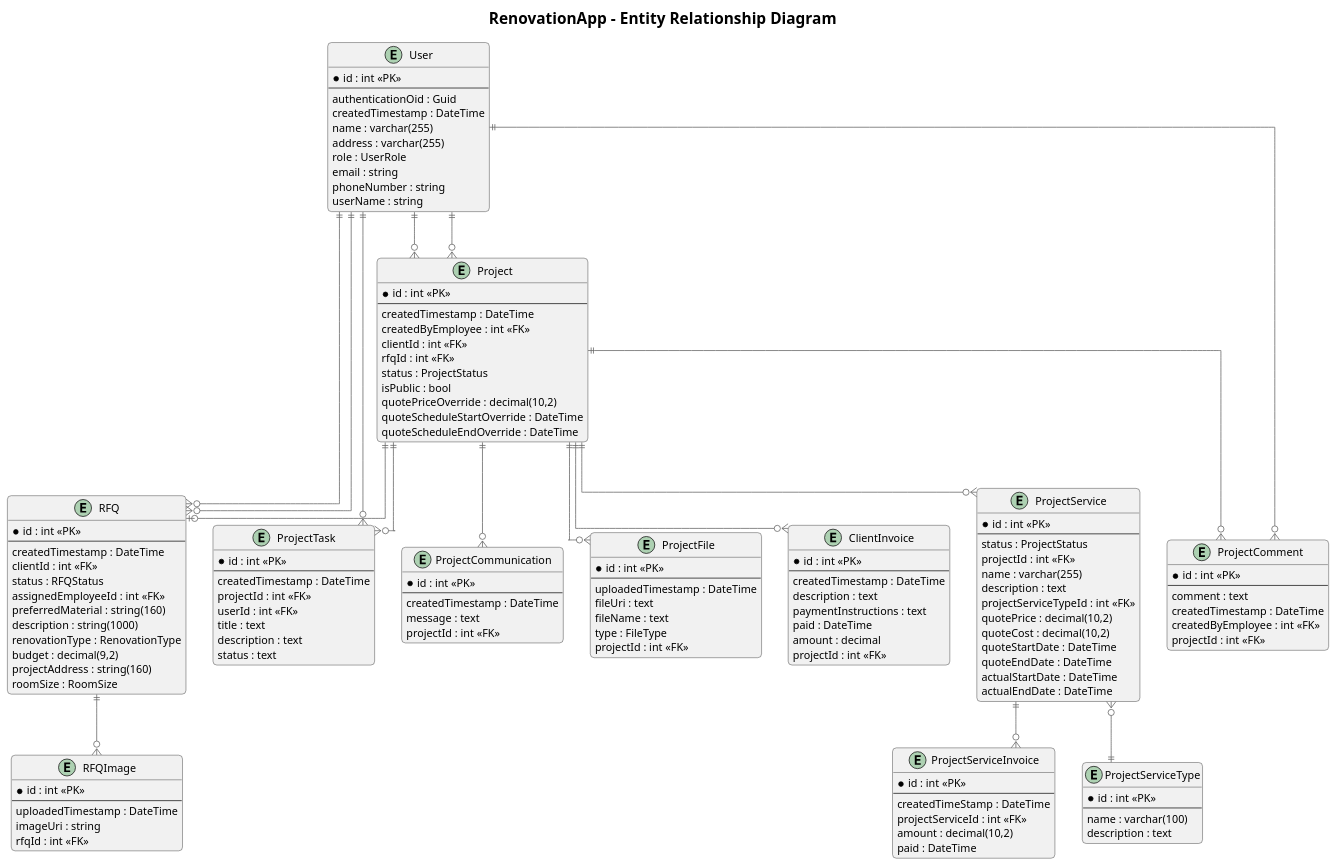
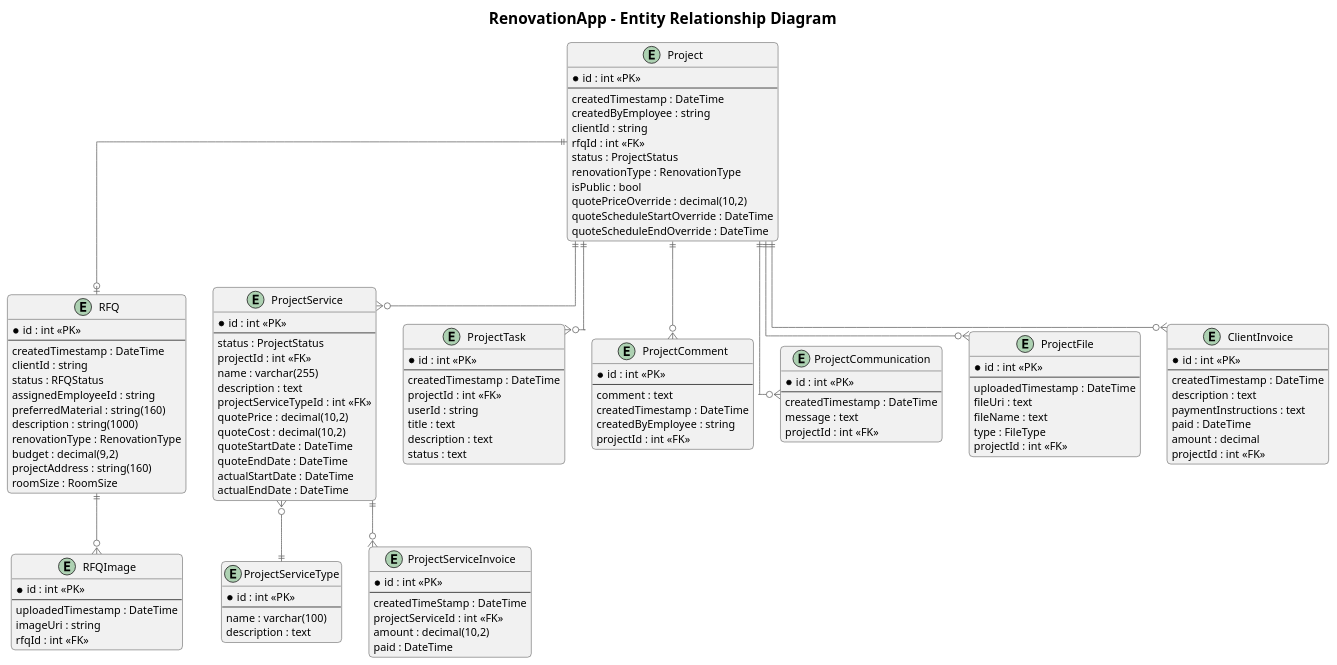
Before and after one commit to Web-Development-UAlberta/exsm-3951-exsm-3943-spring-2025-python-c-project-construction-project-team: the diagram in docs/ERD/ERD.plantuml, drawn with PlantUML. The commit also changed 1 other file, not shown here.

Commit message:
Update ERD with Reno type;

```diff
--- a/docs/ERD/ERD.plantuml
+++ b/docs/ERD/ERD.plantuml
@@ -1,177 +1,155 @@
 @startuml RenovationApp ERD
 
 ' Styling
 skinparam linetype ortho
 skinparam backgroundColor white
 skinparam roundcorner 10
 skinparam shadowing false
 skinparam ArrowColor #666666
 skinparam classFontSize 14
 skinparam packageFontSize 14
 skinparam titleFontSize 20
 
 ' Title
 title RenovationApp - Entity Relationship Diagram
 
 ' Entities
 
-entity "User" as User {
-  * id : int <<PK>>
-  --
-  authenticationOid : Guid
-  createdTimestamp : DateTime
-  name : varchar(255)
-  address : varchar(255)
-  role : UserRole
-  email : string
-  phoneNumber : string
-  userName : string
-}
-
 entity "Project" as Project {
   * id : int <<PK>>
   --
   createdTimestamp : DateTime
-  createdByEmployee : int <<FK>>
-  clientId : int <<FK>>
+  createdByEmployee : string
+  clientId : string
   rfqId : int <<FK>>
   status : ProjectStatus
+  renovationType : RenovationType
   isPublic : bool
   quotePriceOverride : decimal(10,2)
   quoteScheduleStartOverride : DateTime
   quoteScheduleEndOverride : DateTime
 }
 
 entity "RFQ" as RFQ {
   * id : int <<PK>>
   --
   createdTimestamp : DateTime
-  clientId : int <<FK>>
+  clientId : string
   status : RFQStatus
-  assignedEmployeeId : int <<FK>>
+  assignedEmployeeId : string
   preferredMaterial : string(160)
   description : string(1000)
   renovationType : RenovationType
   budget : decimal(9,2)
   projectAddress : string(160)
   roomSize : RoomSize
 }
 
 entity "RFQImage" as RFQImage {
   * id : int <<PK>>
   --
   uploadedTimestamp : DateTime
   imageUri : string
   rfqId : int <<FK>>
 }
 
 entity "ProjectService" as ProjectService {
   * id : int <<PK>>
   --
   status : ProjectStatus
   projectId : int <<FK>>
   name : varchar(255)
   description : text
   projectServiceTypeId : int <<FK>>
   quotePrice : decimal(10,2)
   quoteCost : decimal(10,2)
   quoteStartDate : DateTime
   quoteEndDate : DateTime
   actualStartDate : DateTime
   actualEndDate : DateTime
 }
 
 entity "ProjectServiceType" as ProjectServiceType {
   * id : int <<PK>>
   --
   name : varchar(100)
   description : text
 }
 
 entity "ProjectServiceInvoice" as ProjectServiceInvoice {
   * id : int <<PK>>
   --
   createdTimeStamp : DateTime
   projectServiceId : int <<FK>>
   amount : decimal(10,2)
   paid : DateTime
 }
 
 entity "ProjectTask" as ProjectTask {
   * id : int <<PK>>
   --
   createdTimestamp : DateTime
   projectId : int <<FK>>
-  userId : int <<FK>>
+  userId : string
   title : text
   description : text
   status : text
 }
 
 entity "ProjectComment" as ProjectComment {
   * id : int <<PK>>
   --
   comment : text
   createdTimestamp : DateTime
-  createdByEmployee : int <<FK>>
+  createdByEmployee : string
   projectId : int <<FK>>
 }
 
 entity "ProjectCommunication" as ProjectCommunication {
   * id : int <<PK>>
   --
   createdTimestamp : DateTime
   message : text
   projectId : int <<FK>>
 }
 
 entity "ProjectFile" as ProjectFile {
   * id : int <<PK>>
   --
   uploadedTimestamp : DateTime
   fileUri : text
   fileName : text
   type : FileType
   projectId : int <<FK>>
 }
 
 entity "ClientInvoice" as ClientInvoice {
   * id : int <<PK>>
   --
   createdTimestamp : DateTime
   description : text
   paymentInstructions : text
   paid : DateTime
   amount : decimal
   projectId : int <<FK>>
 }
 
-' Relationships
 
-' User relationships - Employee
-User ||--o{ Project
-User ||--o{ ProjectComment
-User ||--o{ ProjectTask
-User ||--o{ RFQ
-
-' User relationships - Client
-User ||--o{ Project
-User ||--o{ RFQ
 
 ' Project relationships
 Project ||--o{ ProjectComment
 Project ||--o{ ProjectFile
 Project ||--o{ ProjectCommunication
 Project ||--o{ ClientInvoice
 Project ||--o{ ProjectService
 Project ||--o{ ProjectTask
 Project ||--o| RFQ
 
 ' RFQ relationships
 RFQ ||--o{ RFQImage
 
 ' ProjectService relationships
 ProjectService ||--o{ ProjectServiceInvoice
 ProjectService }o--|| ProjectServiceType
 
 @enduml
```
